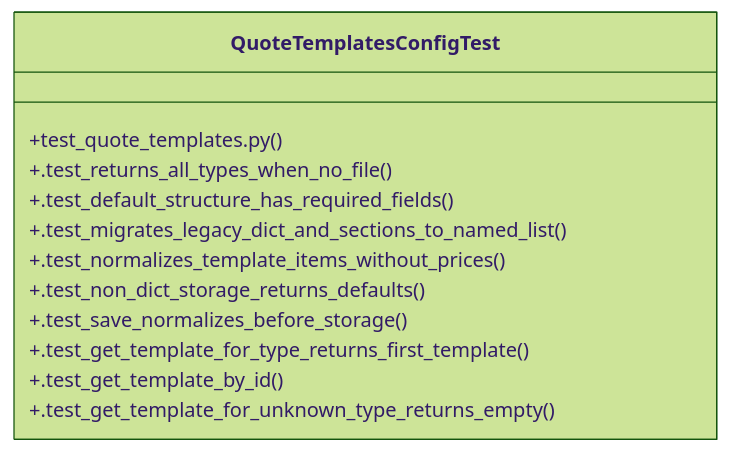
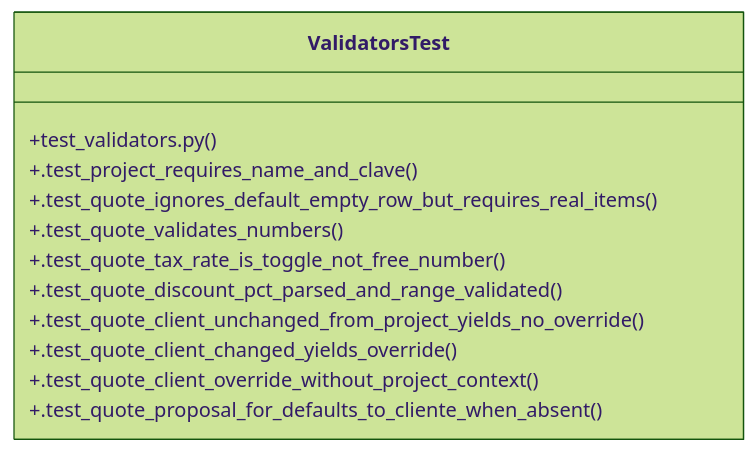
The diagram in graphify-out/wiki/Community_15.md (Daftrick/ProjectTracker), drawn with Mermaid (forest theme) before and after one commit. The commit also changed other lines of this file and 419 other files, not shown here.

````diff
--- a/graphify-out/wiki/Community_15.md
+++ b/graphify-out/wiki/Community_15.md
@@ -36,15 +36,15 @@
 ```mermaid
 classDiagram
-    class QuoteTemplatesConfigTest {
-        +test_quote_templates.py()
-        +.test_returns_all_types_when_no_file()
-        +.test_default_structure_has_required_fields()
-        +.test_migrates_legacy_dict_and_sections_to_named_list()
-        +.test_normalizes_template_items_without_prices()
-        +.test_non_dict_storage_returns_defaults()
-        +.test_save_normalizes_before_storage()
-        +.test_get_template_for_type_returns_first_template()
-        +.test_get_template_by_id()
-        +.test_get_template_for_unknown_type_returns_empty()
+    class ValidatorsTest {
+        +test_validators.py()
+        +.test_project_requires_name_and_clave()
+        +.test_quote_ignores_default_empty_row_but_requires_real_items()
+        +.test_quote_validates_numbers()
+        +.test_quote_tax_rate_is_toggle_not_free_number()
+        +.test_quote_discount_pct_parsed_and_range_validated()
+        +.test_quote_client_unchanged_from_project_yields_no_override()
+        +.test_quote_client_changed_yields_override()
+        +.test_quote_client_override_without_project_context()
+        +.test_quote_proposal_for_defaults_to_cliente_when_absent()
     }
 ```
````
